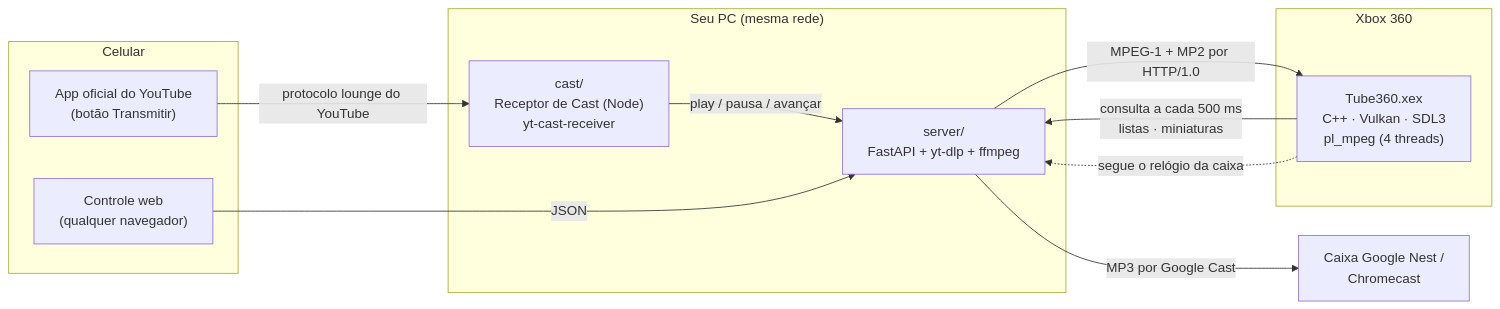
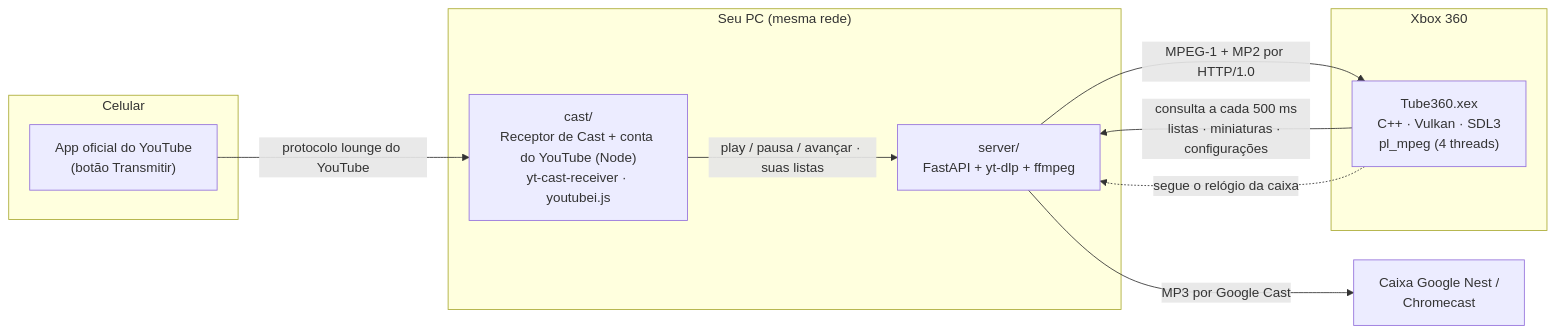
Before and after one commit to PedroHenrique0713/tube360: the diagram in README.pt-BR.md, drawn with Mermaid. The commit also changed other lines of this file and 13 other files, not shown here.

````diff
--- a/README.pt-BR.md
+++ b/README.pt-BR.md
@@ -54,23 +56,21 @@
 ```mermaid
 flowchart LR
     subgraph Celular
         YT["App oficial do YouTube<br/>(botão Transmitir)"]
-        WEB["Controle web<br/>(qualquer navegador)"]
     end
     subgraph PC["Seu PC (mesma rede)"]
-        CAST["cast/<br/>Receptor de Cast (Node)<br/>yt-cast-receiver"]
+        CAST["cast/<br/>Receptor de Cast + conta do YouTube (Node)<br/>yt-cast-receiver · youtubei.js"]
         SRV["server/<br/>FastAPI + yt-dlp + ffmpeg"]
     end
     subgraph X360["Xbox 360"]
         APP["Tube360.xex<br/>C++ · Vulkan · SDL3<br/>pl_mpeg (4 threads)"]
     end
     NEST["Caixa Google Nest /<br/>Chromecast"]
 
     YT -- "protocolo lounge do YouTube" --> CAST
-    CAST -- "play / pausa / avançar" --> SRV
-    WEB -- "JSON" --> SRV
-    APP -- "consulta a cada 500 ms<br/>listas · miniaturas" --> SRV
+    CAST -- "play / pausa / avançar · suas listas" --> SRV
+    APP -- "consulta a cada 500 ms<br/>listas · miniaturas · configurações" --> SRV
     SRV -- "MPEG-1 + MP2 por HTTP/1.0" --> APP
     SRV -- "MP3 por Google Cast" --> NEST
     APP -. "segue o relógio da caixa" .-> SRV
 ```
````
